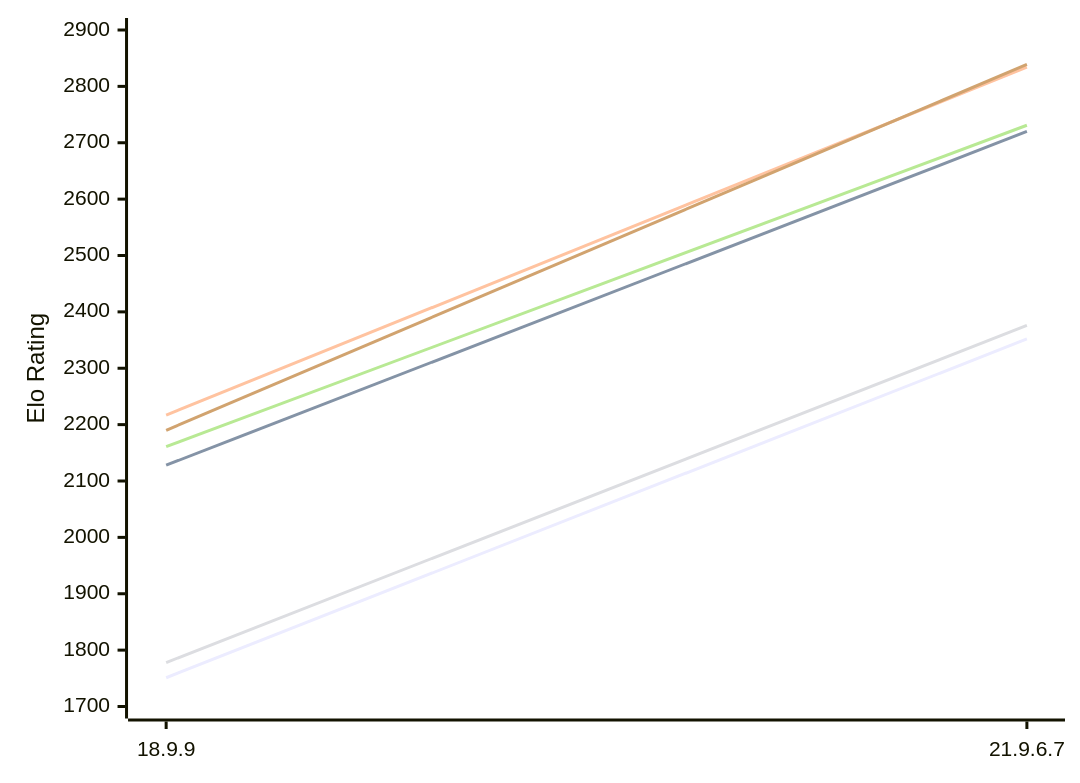
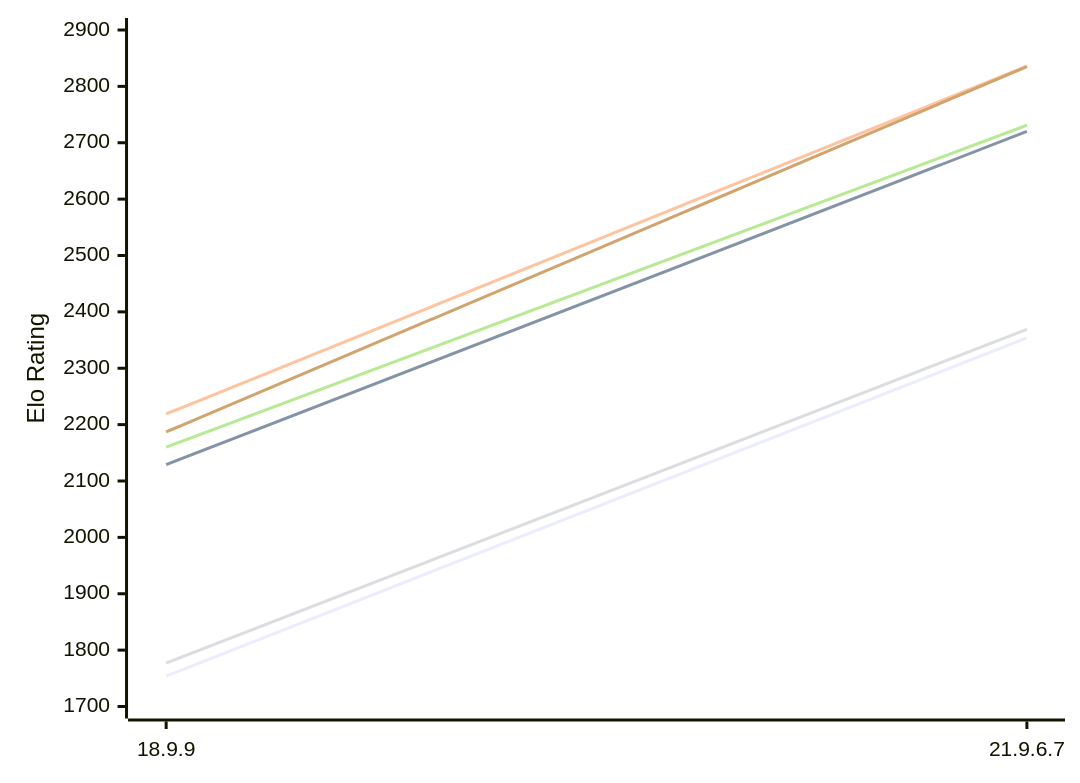
The diagram in engines/RuthIron.md (computer-chess-index/cci), drawn with Mermaid before and after one commit. The commit also changed other lines of this file, not shown here.

Commit message:
Update CCI Ratings (ELO VLTC) - 2026-11-22

````diff
--- a/engines/RuthIron.md
+++ b/engines/RuthIron.md
@@ -49,12 +49,12 @@
 ```mermaid
 %%{init: {"theme":"base","themeVariables":{"seriesColors:['#a3a3a3','#222221','#faa371']}}}%%
 xychart-beta
   x-axis ["18.9.9", "21.9.6.7"]
   y-axis "Elo Rating" 1700 --> 2900
-  line "E1: STC (8.0+0.08s)" [1751, 2352]
-  line "E1: LTC (60.0+0.60s)" [2128, 2720]
-  line "E1: VLTC (2m24s+1.12s)" [2217, 2834]
-  line "P1: STC (8.0+0.08s)" [1778, 2376]
-  line "P1: LTC (60.0+0.60s)" [2161, 2731]
-  line "P1: VLTC (2m24s+1.12s)" [2190, 2839]
+  line "E1: STC (8.0+0.08s)" [1754, 2354]
+  line "E1: LTC (60.0+0.60s)" [2129, 2720]
+  line "E1: VLTC (2m24s+1.12s)" [2219, 2836]
+  line "P1: STC (8.0+0.08s)" [1777, 2369]
+  line "P1: LTC (60.0+0.60s)" [2160, 2731]
+  line "P1: VLTC (2m24s+1.12s)" [2187, 2835]
 ```
````
